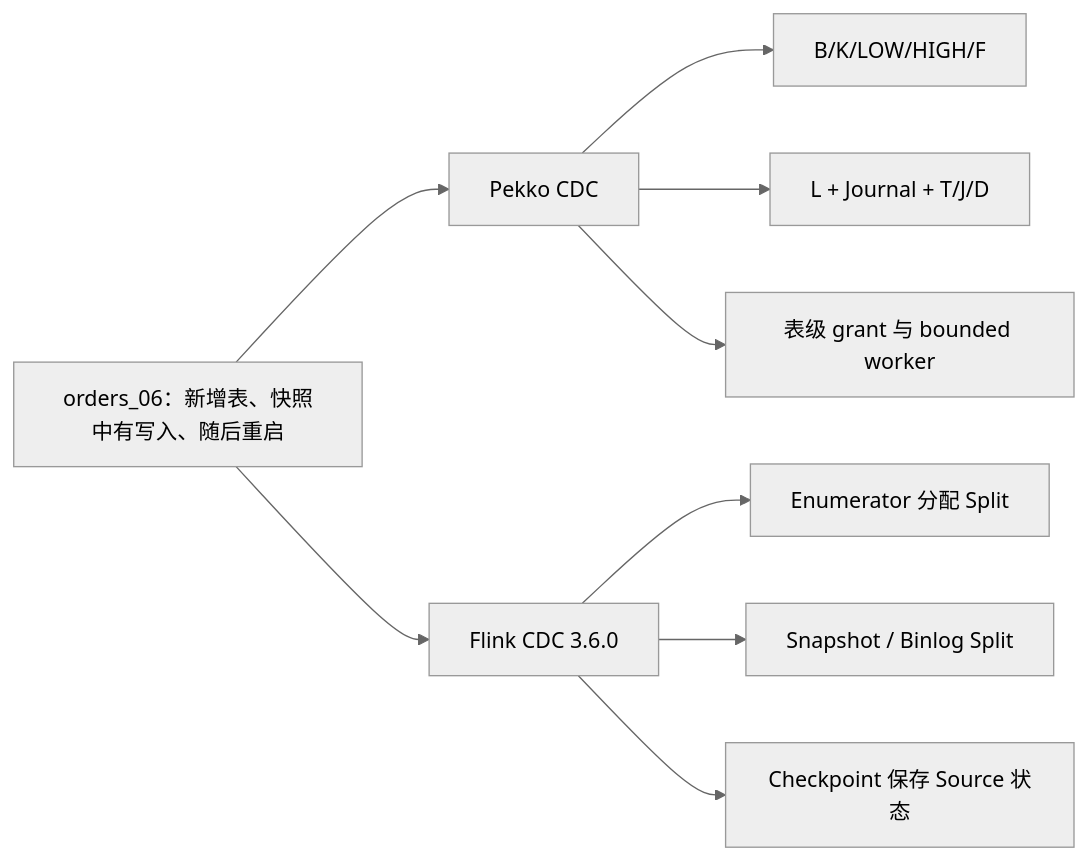
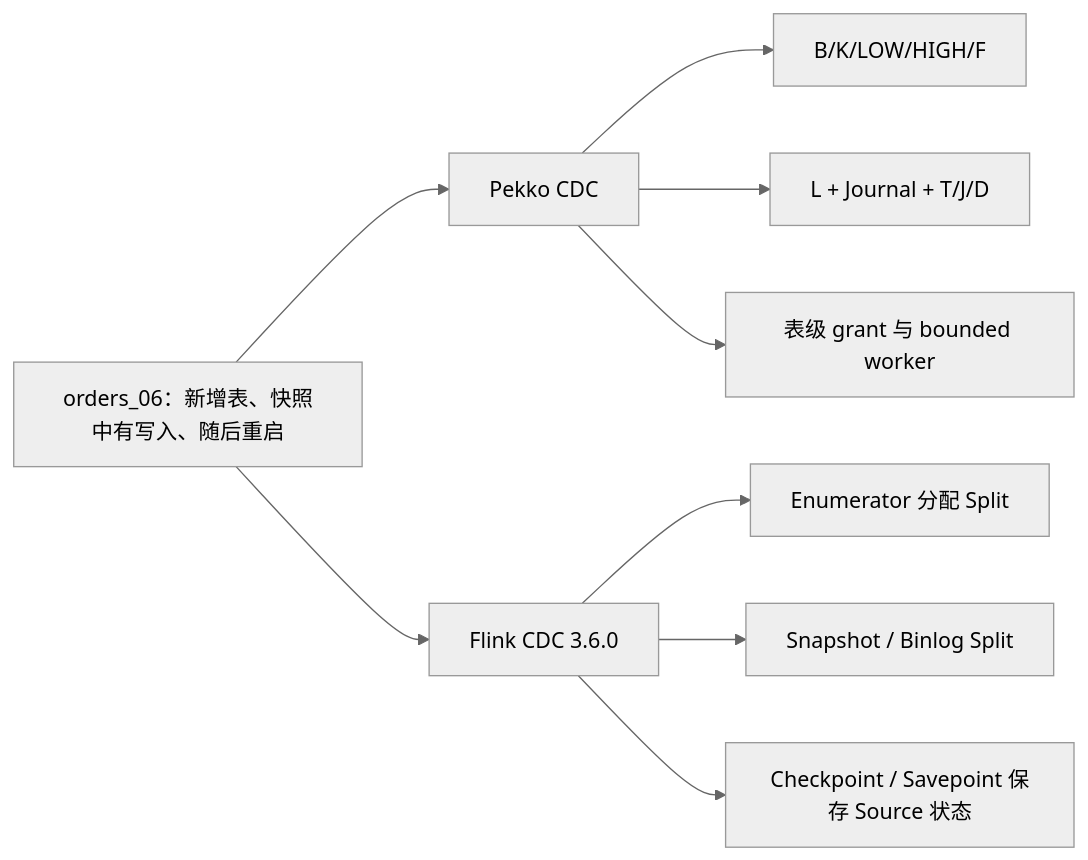
Before and after one commit to Xuxiaotuan/Xuxiaotuan.github.io: the first of 2 diagrams in _posts/pekko/2026-10-18-pekko-cdc-5-flink-comparison.md, drawn with Mermaid (neutral theme). The commit also changed other lines of this file and 5 other files, not shown here.

````diff
--- a/_posts/pekko/2026-10-18-pekko-cdc-5-flink-comparison.md
+++ b/_posts/pekko/2026-10-18-pekko-cdc-5-flink-comparison.md
@@ -41,11 +43,11 @@
 ```mermaid
 flowchart LR
     Case["orders_06：新增表、快照中有写入、随后重启"] --> P["Pekko CDC"]
     Case --> F["Flink CDC 3.6.0"]
     P --> P1["B/K/LOW/HIGH/F"]
     P --> P2["L + Journal + T/J/D"]
     P --> P3["表级 grant 与 bounded worker"]
     F --> F1["Enumerator 分配 Split"]
     F --> F2["Snapshot / Binlog Split"]
-    F --> F3["Checkpoint 保存 Source 状态"]
+    F --> F3["Checkpoint / Savepoint 保存 Source 状态"]
 ```
````
